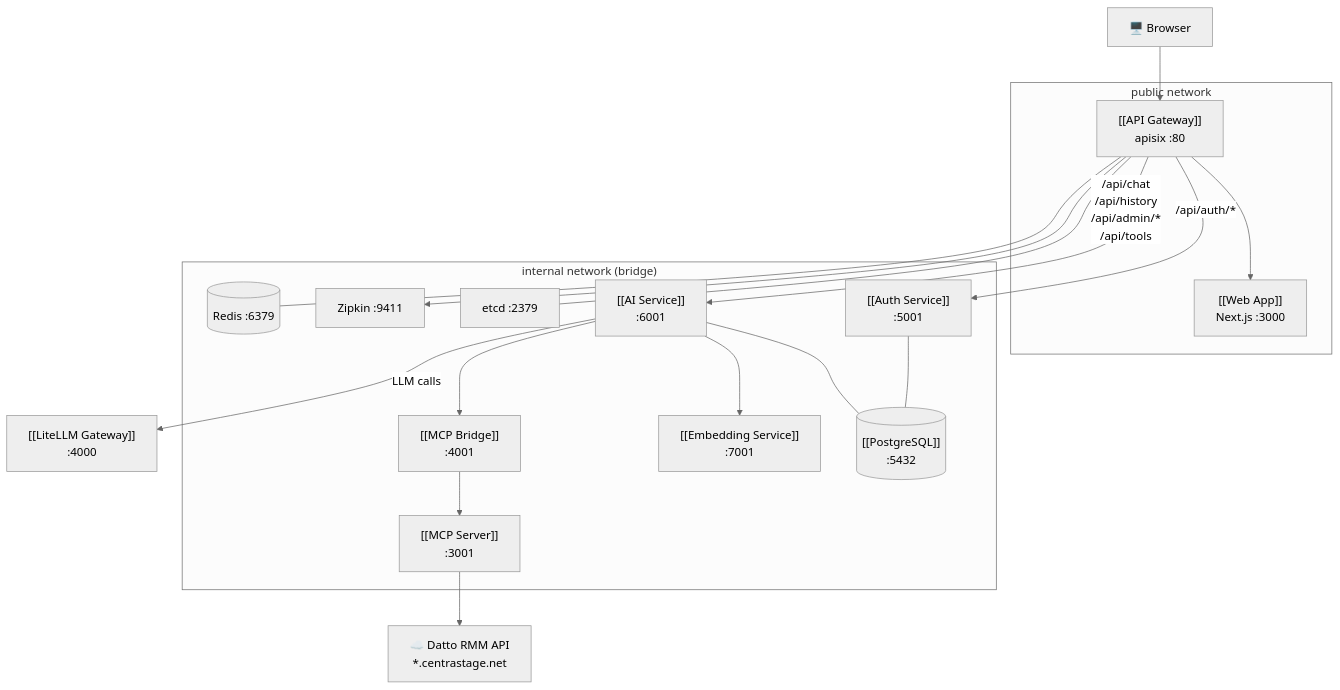
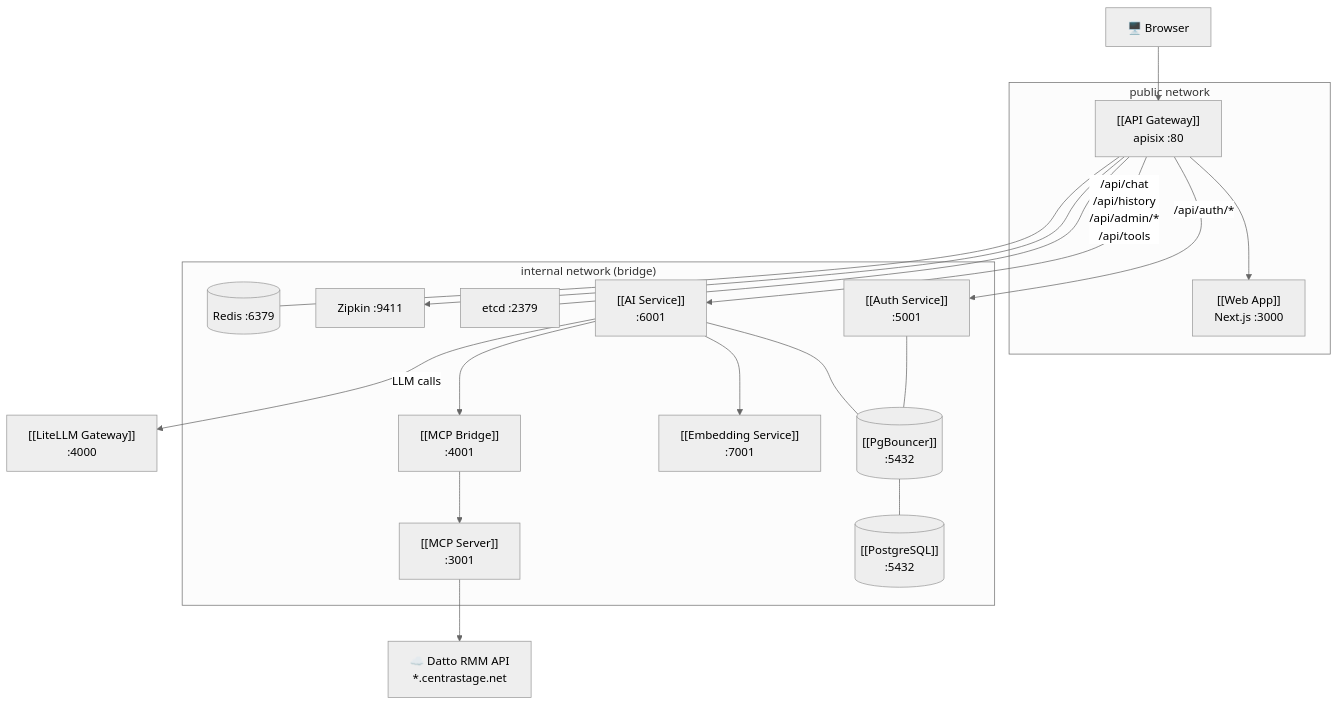
The first of 8 diagrams in DattoLLM-main/claude.md (impie0/dattobrain), drawn with Mermaid (neutral theme) before and after one commit. The commit also changed other lines of this file and 63 other files, not shown here.

First line of the commit message:
v2.0.0 — Phase 0 security hardening + knowledge graph sync

````diff
--- a/DattoLLM-main/claude.md
+++ b/DattoLLM-main/claude.md
@@ -37,39 +37,41 @@
 ```mermaid
 graph TD
     Browser["🖥️ Browser"]
 
     subgraph public["public network"]
         GW["[[API Gateway]]\napisix :80"]
         WebApp["[[Web App]]\nNext.js :3000"]
     end
 
     subgraph internal["internal network (bridge)"]
         Auth["[[Auth Service]]\n:5001"]
         AI["[[AI Service]]\n:6001"]
         Embed["[[Embedding Service]]\n:7001"]
         Bridge["[[MCP Bridge]]\n:4001"]
         MCP["[[MCP Server]]\n:3001"]
+        PGB[("[[PgBouncer]]\n:5432")]
         PG[("[[PostgreSQL]]\n:5432")]
         Redis[("Redis :6379")]
         Etcd["etcd :2379"]
         Zipkin["Zipkin :9411"]
     end
 
     Datto["☁️ Datto RMM API\n*.centrastage.net"]
 
     Browser --> GW
     GW --> WebApp
     GW -->|"/api/auth/*"| Auth
     GW -->|"/api/chat\n/api/history\n/api/admin/*\n/api/tools"| AI
-    Auth --- PG
+    Auth --- PGB
     LiteLLM["[[LiteLLM Gateway]]\n:4000"]
-    AI --- PG
+    AI --- PGB
+    PGB --- PG
     AI --> Embed
     AI --> Bridge
     AI -->|"LLM calls"| LiteLLM
     Bridge --> MCP
     MCP --> Datto
     GW --- Etcd
     GW --> Zipkin
     GW --- Redis
 ```
````
